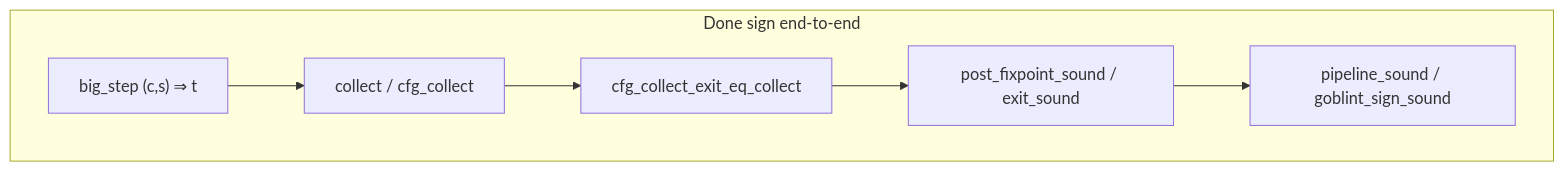
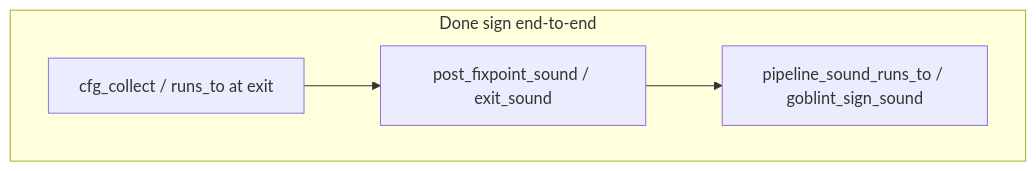
One commit to ManuelLerchner/Voblint-Verification-Master-Thesis changed the first of 6 diagrams in docs/PIPELINE_WALKTHROUGH.md. Above: the diagram before and after it, drawn with Mermaid. The commit also changed other lines of this file and 21 other files, not shown here.

````diff
--- a/docs/PIPELINE_WALKTHROUGH.md
+++ b/docs/PIPELINE_WALKTHROUGH.md
@@ -40,11 +45,9 @@
 ```mermaid
 flowchart TD
   subgraph done ["Done sign end-to-end"]
-    BS["big_step (c,s) ⇒ t"]
-    COL["collect / cfg_collect"]
-    EQ["cfg_collect_exit_eq_collect"]
+    CC["cfg_collect / runs_to at exit"]
     ABS["post_fixpoint_sound / exit_sound"]
-    PS["pipeline_sound / goblint_sign_sound"]
-    BS --> COL --> EQ --> ABS --> PS
+    PS["pipeline_sound_runs_to / goblint_sign_sound"]
+    CC --> ABS --> PS
   end
 ```
````
